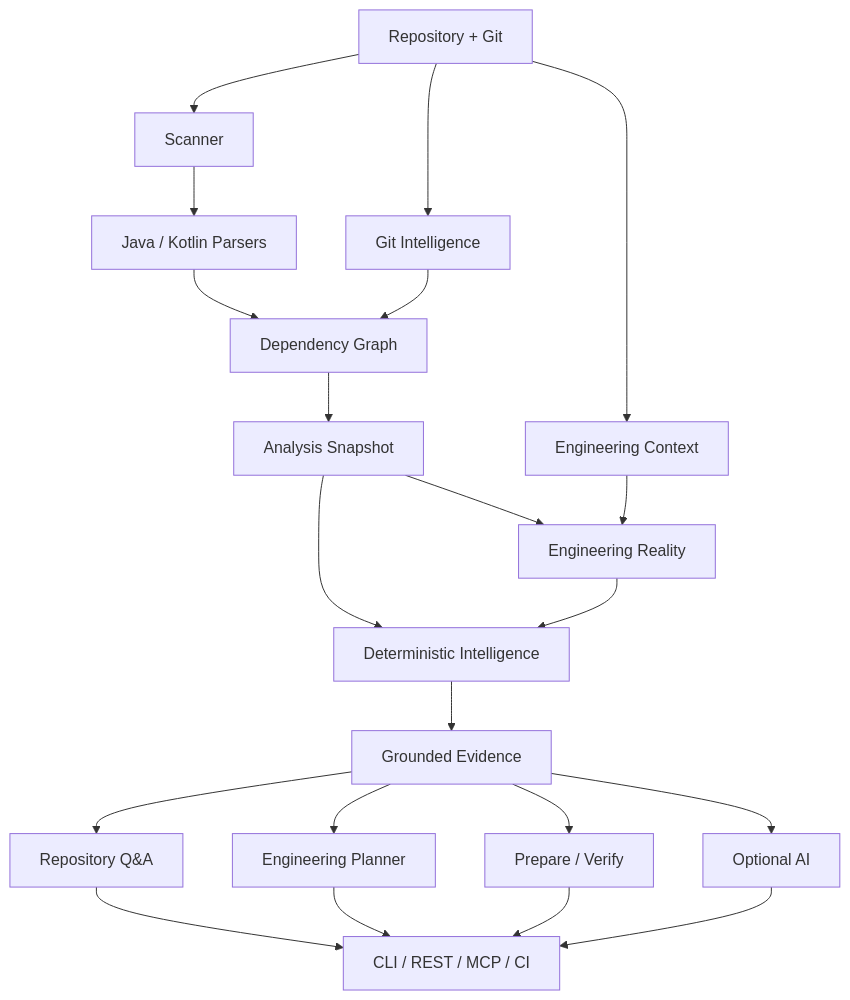
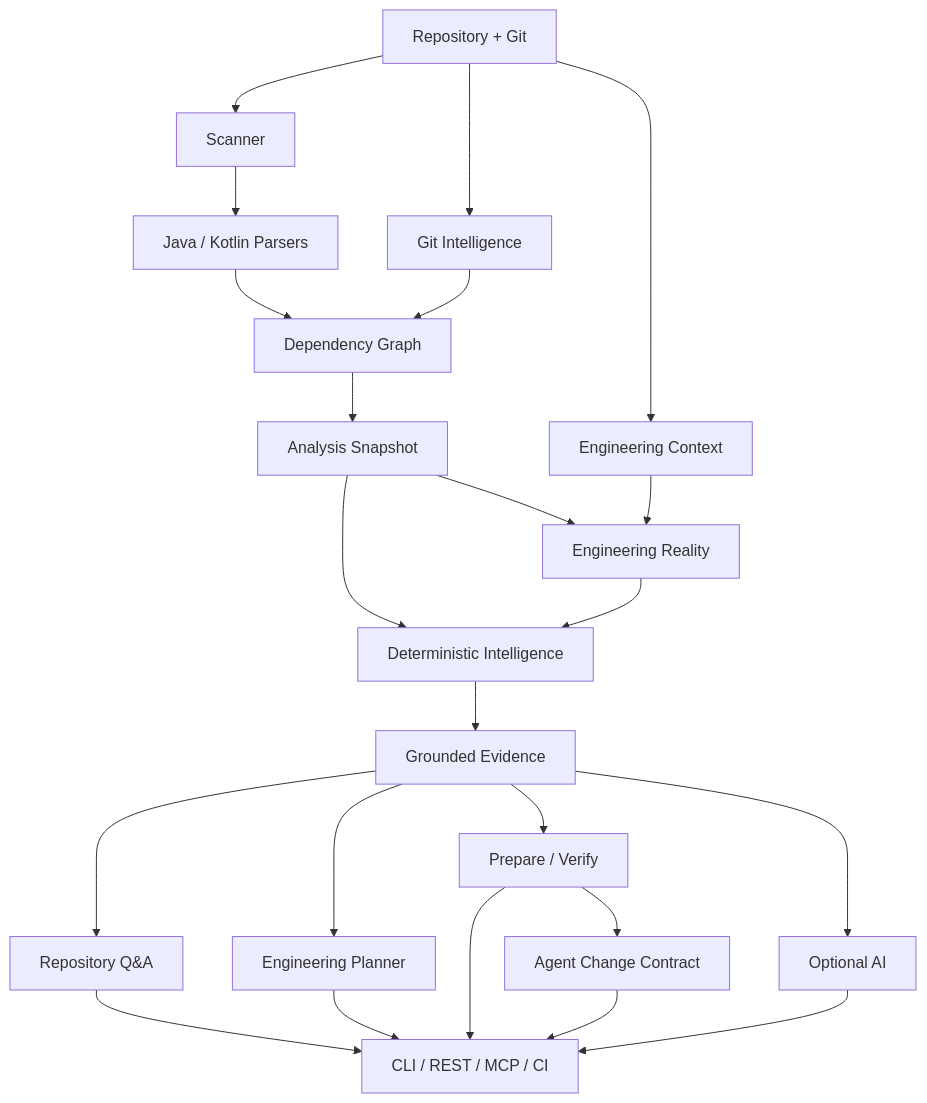
The first of 2 diagrams in docs/ARCHITECTURE.md (sonii-shivansh/CodeContext), drawn with Mermaid before and after one commit. The commit also changed other lines of this file and 9 other files, not shown here.

````diff
--- a/docs/ARCHITECTURE.md
+++ b/docs/ARCHITECTURE.md
@@ -17,23 +18,25 @@
 ```mermaid
 flowchart TD
     R[Repository + Git] --> S[Scanner]
     S --> P[Java / Kotlin Parsers]
     R --> G[Git Intelligence]
     P --> D[Dependency Graph]
     G --> D
     D --> A[Analysis Snapshot]
     R --> C[Engineering Context]
     A --> ER[Engineering Reality]
     C --> ER
     A --> I[Deterministic Intelligence]
     ER --> I
     I --> E[Grounded Evidence]
     E --> Q[Repository Q&A]
     E --> PL[Engineering Planner]
     E --> V[Prepare / Verify]
+    V --> CT[Agent Change Contract]
     E --> AI[Optional AI]
     Q --> X[CLI / REST / MCP / CI]
     PL --> X
     V --> X
+    CT --> X
     AI --> X
 ```
````
